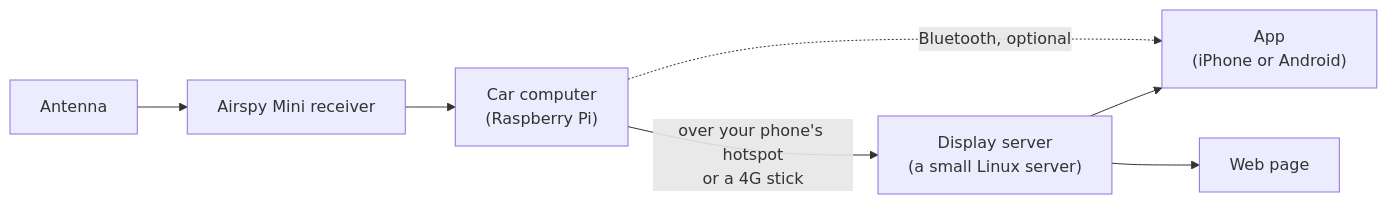
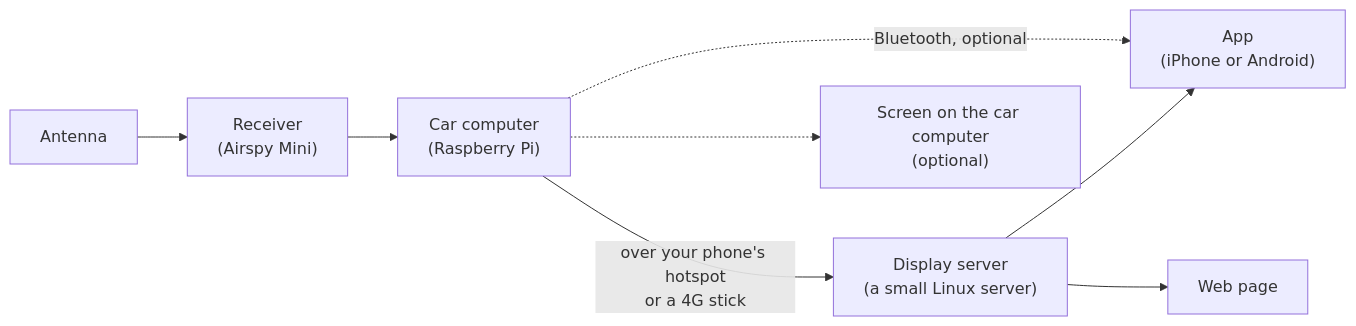
One commit to efeorman/Slot17 changed the diagram in README.md. Above: the diagram before and after it, drawn with Mermaid. The commit also changed other lines of this file and 31 other files, not shown here.

````diff
--- a/README.md
+++ b/README.md
@@ -49,9 +49,10 @@
 ```mermaid
 flowchart LR
-    A[Antenna] --> B[Airspy Mini receiver]
+    A[Antenna] --> B["Receiver<br/>(Airspy Mini)"]
     B --> C["Car computer<br/>(Raspberry Pi)"]
     C -- "over your phone's hotspot<br/>or a 4G stick" --> D["Display server<br/>(a small Linux server)"]
     D --> E["App<br/>(iPhone or Android)"]
     D --> F[Web page]
     C -.->|Bluetooth, optional| E
+    C -.-> G["Screen on the car computer<br/>(optional)"]
 ```
````
